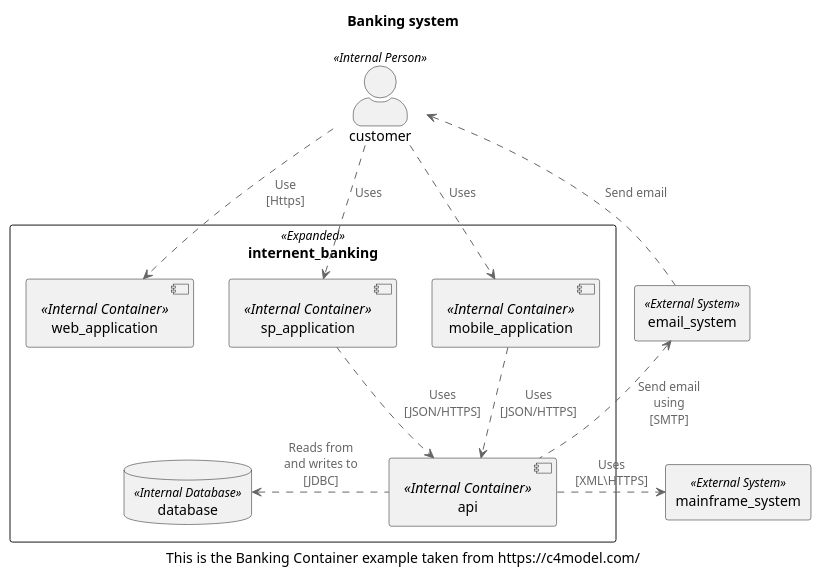
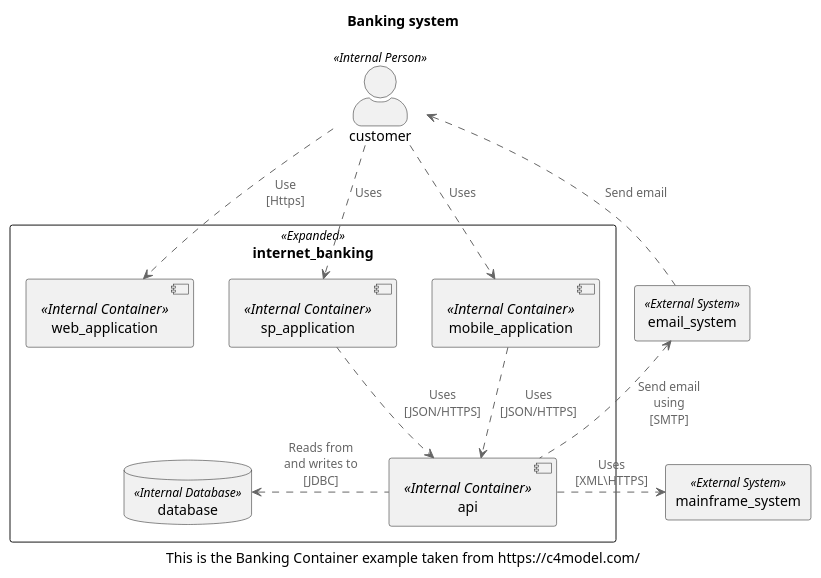
One commit to skleanthous/C4-PlantumlSkin changed the diagram in sample/c4-banking-container.puml. Above: the diagram before and after it, drawn with PlantUML. The commit also changed 8 other files, not shown here.

```diff
--- a/sample/c4-banking-container.puml
+++ b/sample/c4-banking-container.puml
@@ -1,38 +1,39 @@
 @startuml
 !include ../src/c4.puml
 
 title Banking system
 caption This is the Banking Container example taken from https://c4model.com/
 
 actor customer <<Internal Person>>
 
 Rectangle mainframe_system <<External System>>
 Rectangle email_system <<External System>>
 
-rectangle internent_banking <<Expanded>> {
+rectangle internet_banking <<Expanded>> {
     component web_application <<Internal Container>>
     component sp_application <<Internal Container>>
-    component mobile_application <<Internal Container>>
+    component mobile_application as mobile <<Internal Container>>
 
     database database <<Internal Database>>
     component api <<Internal Container>>
 }
 
+customer           ..> web_application   : Use\n[Https]
+customer           ..> sp_application    : Uses
+customer           ..> mobile            : Uses
+
+api           .right.> mainframe_system  : Uses\n[XML\HTTPS]
+api            .left.> database          : Reads from\nand writes to\n[JDBC]
+
+api              .up.> email_system      : Send email\nusing\n[SMTP]
+email_system     .up.> customer          : Send email
+
+sp_application .down.> api               : Uses\n[JSON/HTTPS]
+mobile         .down.> api               : Uses\n[JSON/HTTPS]
+
+' Layout hints
 web_application -[hidden]right-> sp_application
-sp_application -[hidden]right-> mobile_application
-web_application -[hidden]down-> database
-
-customer ..> web_application : Use\n[Https]
-customer ..> sp_application : Uses
-customer ..> mobile_application : Uses
-
-api .right.> mainframe_system : Uses\n[XML\HTTPS]
-api .left.> database : Reads from\nand writes to\n[JDBC]
-
-api .up.> email_system : Send email\nusing\n[SMTP]
-email_system .up.> customer : Send email
-
-sp_application .down.> api : Uses\n[JSON/HTTPS]
-mobile_application .down.> api : Uses\n[JSON/HTTPS]
+sp_application  -[hidden]right-> mobile
+web_application -[hidden]down->  database
 
 @enduml
```
